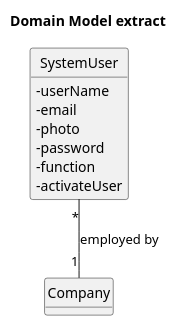
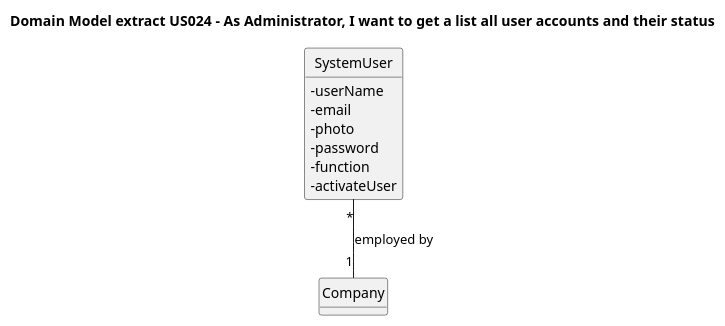
The diagram in docs/Sprint3/US024/US024-MD.puml (nunogon1211787/projectManagement), drawn with PlantUML before and after one commit. The commit also changed 5 other files, not shown here.

```diff
--- a/docs/Sprint3/US024/US024-MD.puml
+++ b/docs/Sprint3/US024/US024-MD.puml
@@ -1,25 +1,25 @@
 @startuml
 'https://plantuml.com/class-diagram
 hide circle
 skinparam classAttributeIconSize 0
 hide methods
 
-title Domain Model extract
+title Domain Model extract US024 - As Administrator, I want to get a list all user accounts and their status
 
 class Company{
 }
 
 class SystemUser{
       - userName
       - email
       - photo
       - password
       - function
       - activateUser
       }
 
 
 SystemUser "*" -- "1" Company: employed by
 
 
 @enduml
```
